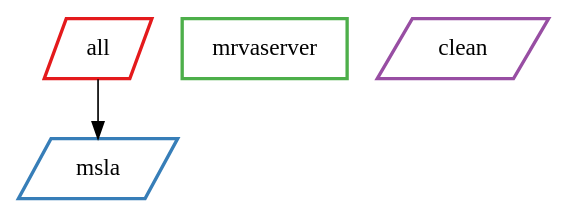
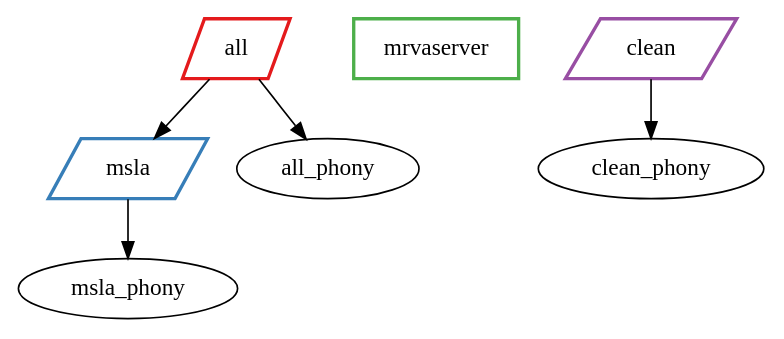
Before and after one commit to hohn/mrvaserver: the diagram in Makefile.dot, drawn with Graphviz. The commit also changed other lines of this file and 5 other files, not shown here.

```diff
--- a/Makefile.dot
+++ b/Makefile.dot
@@ -1,11 +1,21 @@
 // dot -Tpdf Makefile.dot > Makefile.pdf && open Makefile.pdf
 digraph {
     node [colorscheme=set14]
     
+    // Regular targets
     "all" [shape=parallelogram style=solid color=1 penwidth=2]
     "msla" [shape=parallelogram style=solid color=2 penwidth=2]
     "mrvaserver" [shape=rectangle style=solid color=3 penwidth=2]
     "clean" [shape=parallelogram style=solid color=4 penwidth=2]
 
+    // Phony nodes
+    "all_phony" [shape=ellipse style=solid color=black]
+    "msla_phony" [shape=ellipse style=solid color=black]
+    "clean_phony" [shape=ellipse style=solid color=black]
+
+    // Dependencies
     "all" -> "msla"
+    "all" -> "all_phony"
+    "msla" -> "msla_phony"
+    "clean" -> "clean_phony"
 }
```
